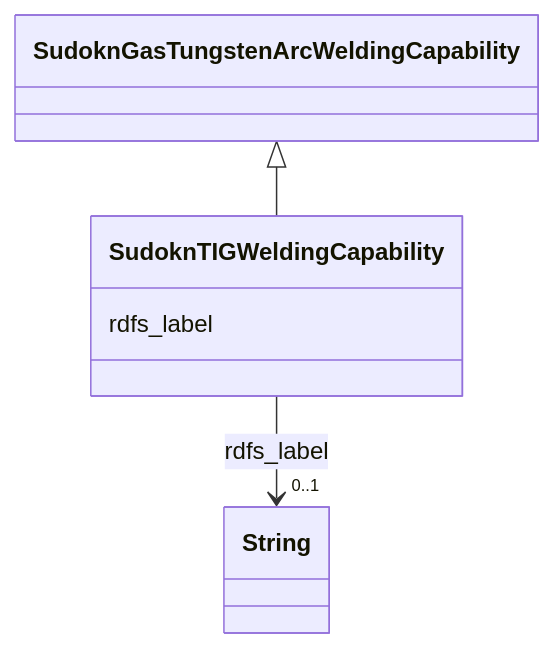
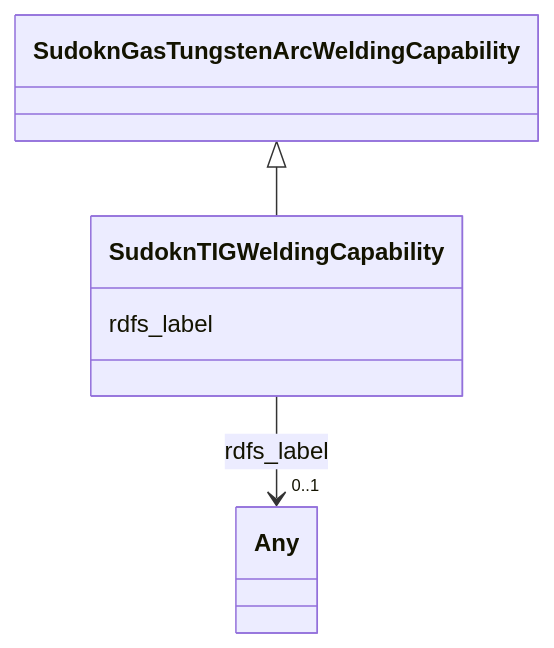
The diagram in sudokn-kg/classes/SudoknTIGWeldingCapability.md (frink-okn/graph-descriptions), drawn with Mermaid before and after one commit. The commit also changed other lines of this file and 903 other files, not shown here.

````diff
--- a/sudokn-kg/classes/SudoknTIGWeldingCapability.md
+++ b/sudokn-kg/classes/SudoknTIGWeldingCapability.md
@@ -23,18 +18,18 @@
 ```mermaid
  classDiagram
     class SudoknTIGWeldingCapability
     click SudoknTIGWeldingCapability href "../SudoknTIGWeldingCapability"
       SudoknGasTungstenArcWeldingCapability <|-- SudoknTIGWeldingCapability
         click SudoknGasTungstenArcWeldingCapability href "../SudoknGasTungstenArcWeldingCapability"
       
       SudoknTIGWeldingCapability : rdfs_label
         
           
     
     
-    SudoknTIGWeldingCapability --> "0..1" String : rdfs_label
-    click String href "../String"
+    SudoknTIGWeldingCapability --> "0..1" Any : rdfs_label
+    click Any href "../Any"
 
         
       
 ```
````
